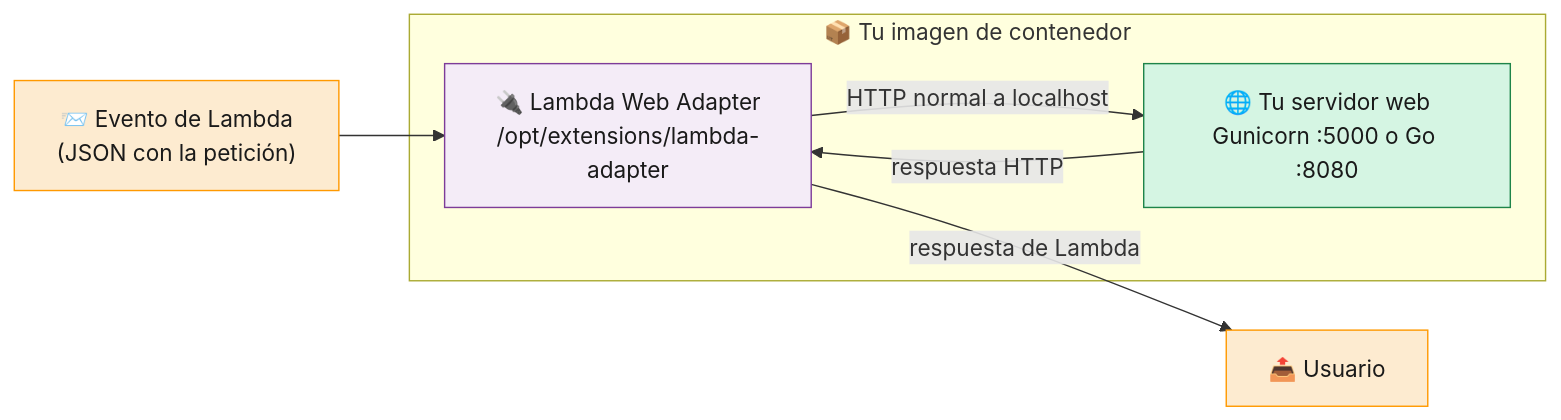
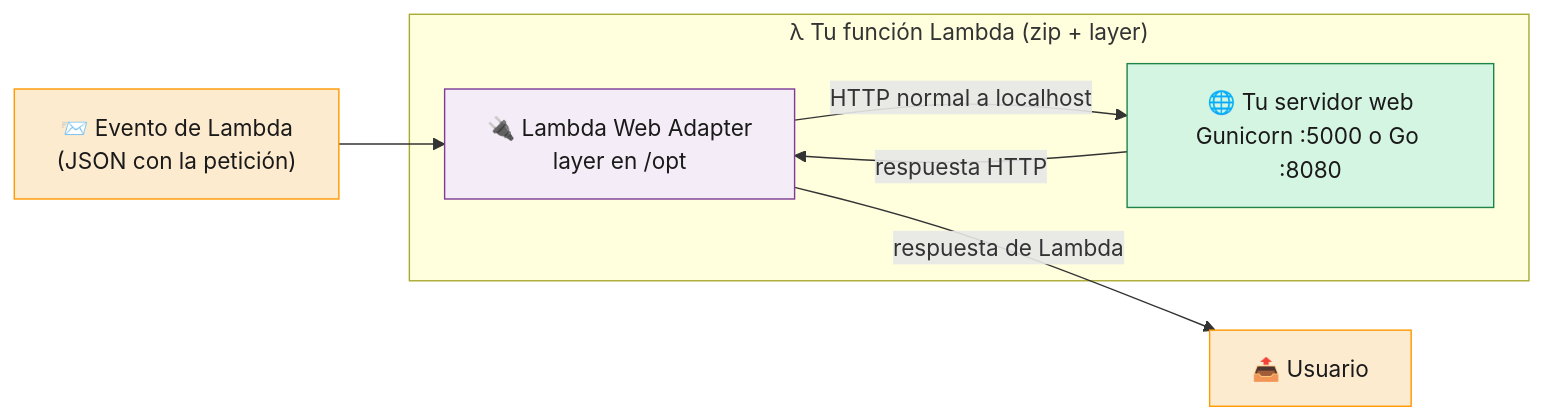
One commit to yembertQC/Reto_Platform-Enginner_ED-Team changed the second of 3 diagrams in doc/03-Aplicaciones.md. Above: the diagram before and after it, drawn with Mermaid. The commit also changed other lines of this file and 28 other files, not shown here.

````diff
--- a/doc/03-Aplicaciones.md
+++ b/doc/03-Aplicaciones.md
@@ -104,19 +114,19 @@
 ```mermaid
 flowchart LR
     EV["📨 Evento de Lambda<br/>(JSON con la petición)"]
-    subgraph IMG["📦 Tu imagen de contenedor"]
-        AD["🔌 Lambda Web Adapter<br/>/opt/extensions/lambda-adapter"]
+    subgraph FN["λ Tu función Lambda (zip + layer)"]
+        AD["🔌 Lambda Web Adapter<br/>layer en /opt"]
         APP["🌐 Tu servidor web<br/>Gunicorn :5000 o Go :8080"]
     end
     EV --> AD
     AD -->|"HTTP normal a localhost"| APP
     APP -->|"respuesta HTTP"| AD
     AD -->|"respuesta de Lambda"| OUT["📤 Usuario"]
 
     classDef ev fill:#FDEBD0,stroke:#FF9900,color:#1a1a1a
     classDef ad fill:#F4ECF7,stroke:#7D3C98,color:#1a1a1a
     classDef app fill:#D5F5E3,stroke:#1E8449,color:#1a1a1a
     class EV,OUT ev
     class AD ad
     class APP app
 ```
````
